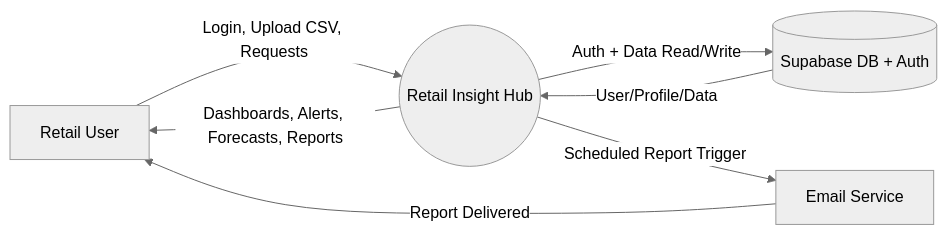
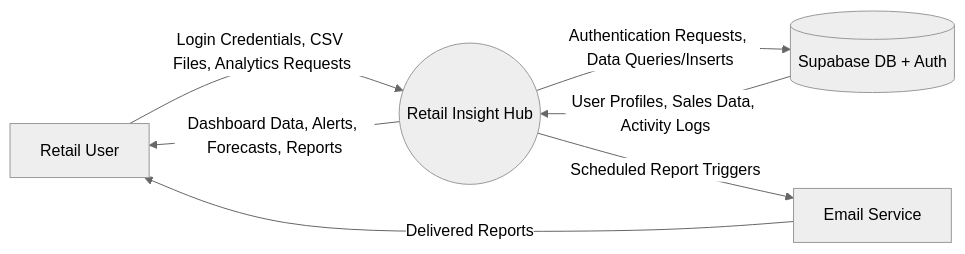
The first of 18 diagrams in docs/system-diagrams.md (Addi-20042/retail-insight-hub), drawn with Mermaid (neutral theme) before and after one commit. The commit also changed other lines of this file and 7 other files, not shown here.

````diff
--- a/docs/system-diagrams.md
+++ b/docs/system-diagrams.md
@@ -128,11 +4,11 @@
 ```mermaid
 flowchart LR
-    User[Retail User] -->|Login, Upload CSV, Requests| RH((Retail Insight Hub))
-    RH -->|Dashboards, Alerts, Forecasts, Reports| User
+    U[Retail User] -->|Login Credentials, CSV Files, Analytics Requests| RH((Retail Insight Hub))
+    RH -->|Dashboard Data, Alerts, Forecasts, Reports| U
 
-    RH -->|Auth + Data Read/Write| Supabase[(Supabase DB + Auth)]
-    Supabase -->|User/Profile/Data| RH
+    RH -->|Authentication Requests, Data Queries/Inserts| SB[(Supabase DB + Auth)]
+    SB -->|User Profiles, Sales Data, Activity Logs| RH
 
-    RH -->|Scheduled Report Trigger| Email[Email Service]
-    Email -->|Report Delivered| User
+    RH -->|Scheduled Report Triggers| ES[Email Service]
+    ES -->|Delivered Reports| U
 ```
````
